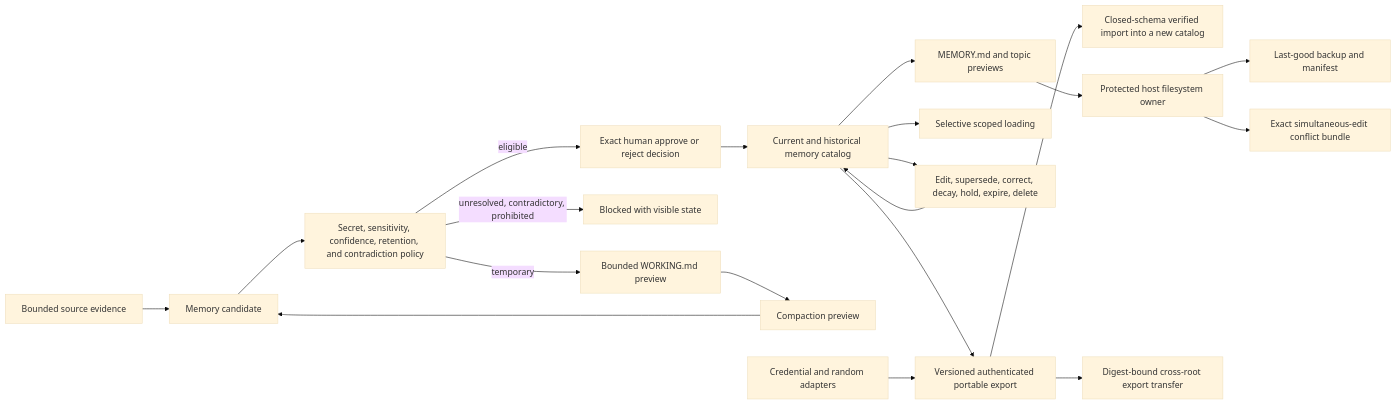
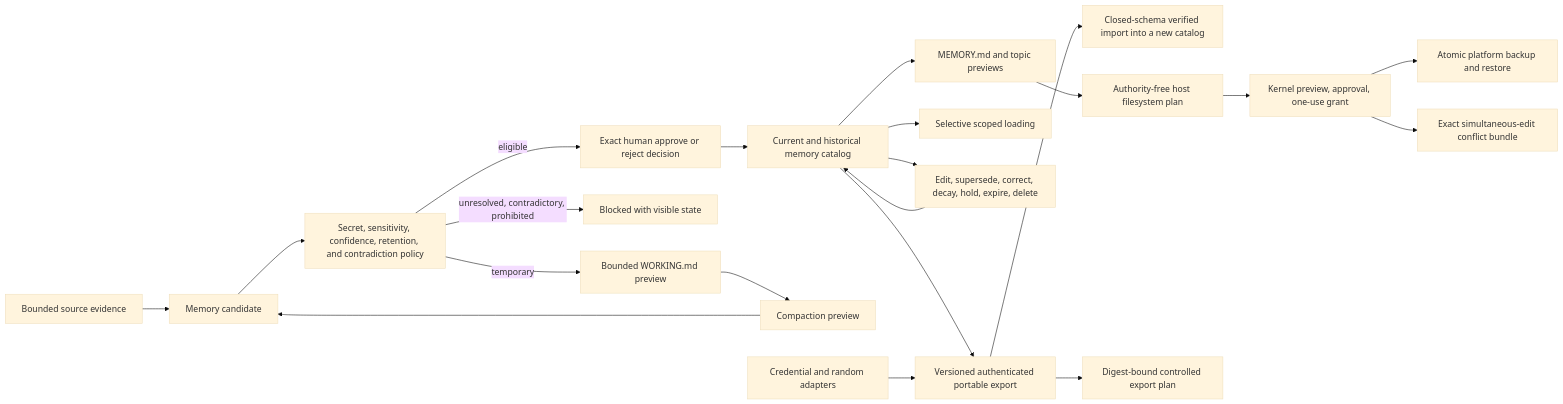
Before and after one commit to AaronNHorvitz/AgentMage: the diagram in docs/architecture/source-backed-memory-boundary.md, drawn with Mermaid (base theme). The commit also changed other lines of this file and 4 other files, not shown here.

````diff
--- a/docs/architecture/source-backed-memory-boundary.md
+++ b/docs/architecture/source-backed-memory-boundary.md
@@ -9,22 +9,23 @@
 ```mermaid
 flowchart LR
     S["Bounded source evidence"] --> C["Memory candidate"]
     C --> P["Secret, sensitivity, confidence, retention, and contradiction policy"]
     P -->|"temporary"| W["Bounded WORKING.md preview"]
     P -->|"unresolved, contradictory, prohibited"| B["Blocked with visible state"]
     P -->|"eligible"| H["Exact human approve or reject decision"]
     H --> L["Current and historical memory catalog"]
     L --> M["MEMORY.md and topic previews"]
     L --> R["Selective scoped loading"]
     W --> X["Compaction preview"]
     X --> C
     L --> T["Edit, supersede, correct, decay, hold, expire, delete"]
     T --> L
     L --> E["Versioned authenticated portable export"]
     E --> I["Closed-schema verified import into a new catalog"]
-    M --> F["Protected host filesystem owner"]
-    F --> BAK["Last-good backup and manifest"]
-    F --> CON["Exact simultaneous-edit conflict bundle"]
-    E --> MIG["Digest-bound cross-root export transfer"]
+    M --> F["Authority-free host filesystem plan"]
+    F --> KER["Kernel preview, approval, one-use grant"]
+    KER --> BAK["Atomic platform backup and restore"]
+    KER --> CON["Exact simultaneous-edit conflict bundle"]
+    E --> MIG["Digest-bound controlled export plan"]
     K["Credential and random adapters"] --> E
 ```
````
